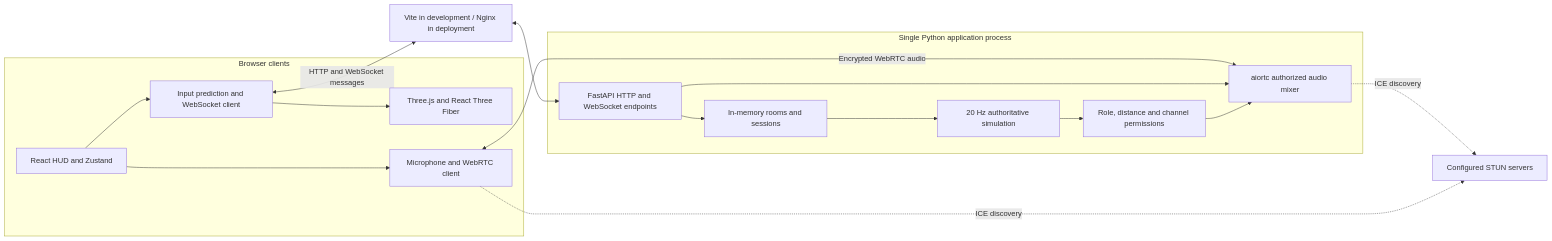
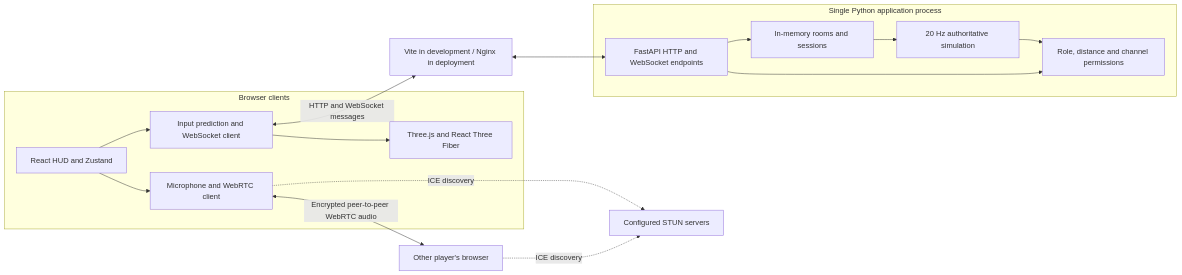
One commit to aritraCodez/Whosus changed the first of 3 diagrams in README.md. Above: the diagram before and after it, drawn with Mermaid. The commit also changed other lines of this file and 21 other files, not shown here.

````diff
--- a/README.md
+++ b/README.md
@@ -150,31 +149,30 @@
 ```mermaid
 flowchart LR
     subgraph Clients[Browser clients]
         UI[React HUD and Zustand]
         Scene[Three.js and React Three Fiber]
         Net[Input prediction and WebSocket client]
         Voice[Microphone and WebRTC client]
         UI --> Net
         Net --> Scene
         UI --> Voice
     end
     Proxy[Vite in development / Nginx in deployment]
     subgraph Authority[Single Python application process]
         API[FastAPI HTTP and WebSocket endpoints]
         Rooms[In-memory rooms and sessions]
         Rules[20 Hz authoritative simulation]
         Policy[Role, distance and channel permissions]
-        Media[aiortc authorized audio mixer]
         API --> Rooms
         Rooms --> Rules
         Rules --> Policy
-        Policy --> Media
-        API --> Media
+        API --> Policy
     end
     ICE[Configured STUN servers]
     Net <-->|HTTP and WebSocket messages| Proxy
     Proxy <--> API
-    Voice <-->|Encrypted WebRTC audio| Media
+    Other[Other player's browser]
+    Voice <-->|Encrypted peer-to-peer WebRTC audio| Other
     Voice -. ICE discovery .-> ICE
-    Media -. ICE discovery .-> ICE
+    Other -. ICE discovery .-> ICE
 ```
````
